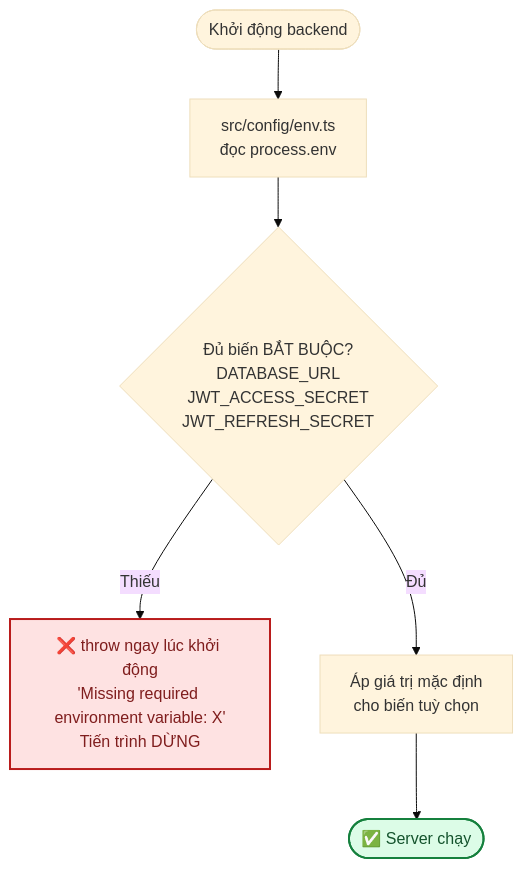
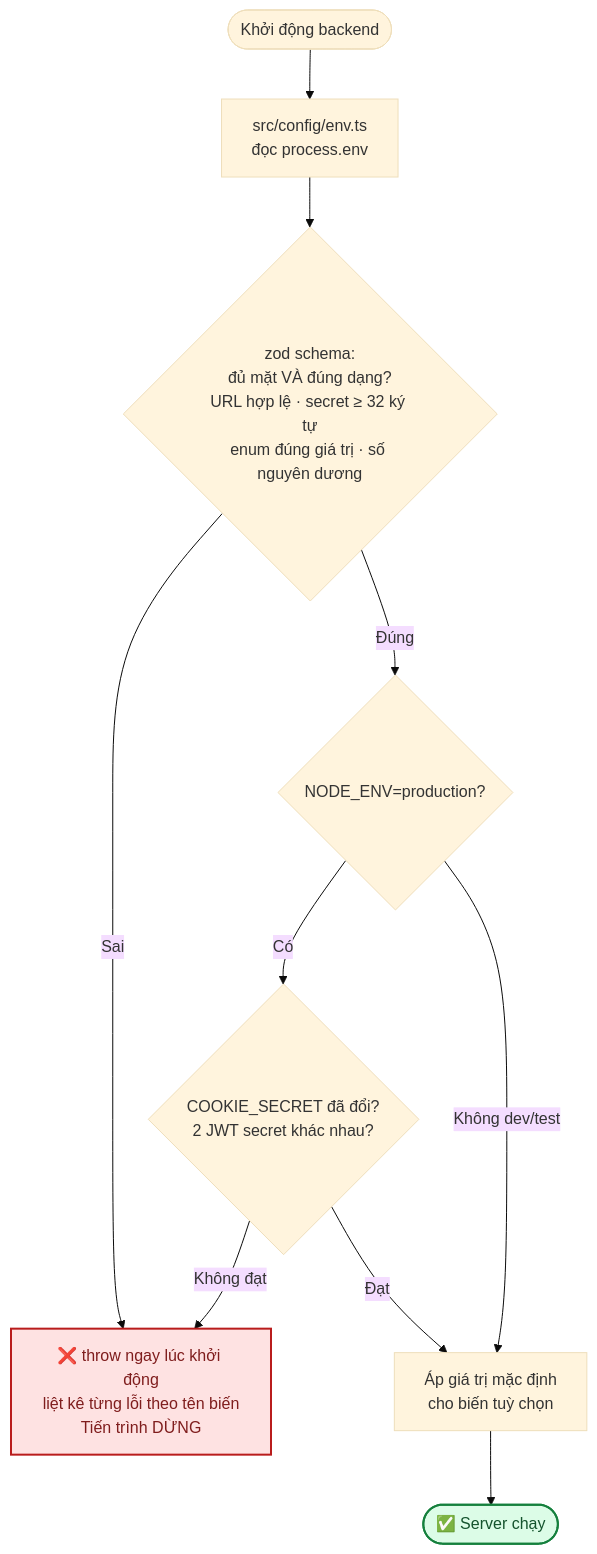
Before and after one commit to Hungvu0712/FLOWER: the first of 7 diagrams in docs/09-moi-truong-va-bien-cau-hinh.md, drawn with Mermaid (base theme). The commit also changed other lines of this file and 17 other files, not shown here.

````diff
--- a/docs/09-moi-truong-va-bien-cau-hinh.md
+++ b/docs/09-moi-truong-va-bien-cau-hinh.md
@@ -13,11 +13,15 @@
 ```mermaid
 flowchart TD
     START([Khởi động backend]) --> ENV["src/config/env.ts<br/>đọc process.env"]
-    ENV --> CHECK{"Đủ biến BẮT BUỘC?<br/>DATABASE_URL<br/>JWT_ACCESS_SECRET<br/>JWT_REFRESH_SECRET"}
-    CHECK -->|Thiếu| FAIL["❌ throw ngay lúc khởi động<br/>'Missing required environment variable: X'<br/>Tiến trình DỪNG"]
-    CHECK -->|Đủ| DEFAULT["Áp giá trị mặc định<br/>cho biến tuỳ chọn"]
+    ENV --> SCHEMA{"zod schema:<br/>đủ mặt VÀ đúng dạng?<br/>URL hợp lệ · secret ≥ 32 ký tự<br/>enum đúng giá trị · số nguyên dương"}
+    SCHEMA -->|Sai| FAIL["❌ throw ngay lúc khởi động<br/>liệt kê từng lỗi theo tên biến<br/>Tiến trình DỪNG"]
+    SCHEMA -->|Đúng| PRODCHECK{"NODE_ENV=production?"}
+    PRODCHECK -->|Có| PRODGUARD{"COOKIE_SECRET đã đổi?<br/>2 JWT secret khác nhau?"}
+    PRODCHECK -->|Không dev/test| DEFAULT["Áp giá trị mặc định<br/>cho biến tuỳ chọn"]
+    PRODGUARD -->|Không đạt| FAIL
+    PRODGUARD -->|Đạt| DEFAULT
     DEFAULT --> RUN([✅ Server chạy])
 
     style FAIL fill:#fee2e2,stroke:#b91c1c,stroke-width:2px,color:#7f1d1d
     style RUN fill:#dcfce7,stroke:#15803d,stroke-width:2px,color:#14532d
 ```
````
